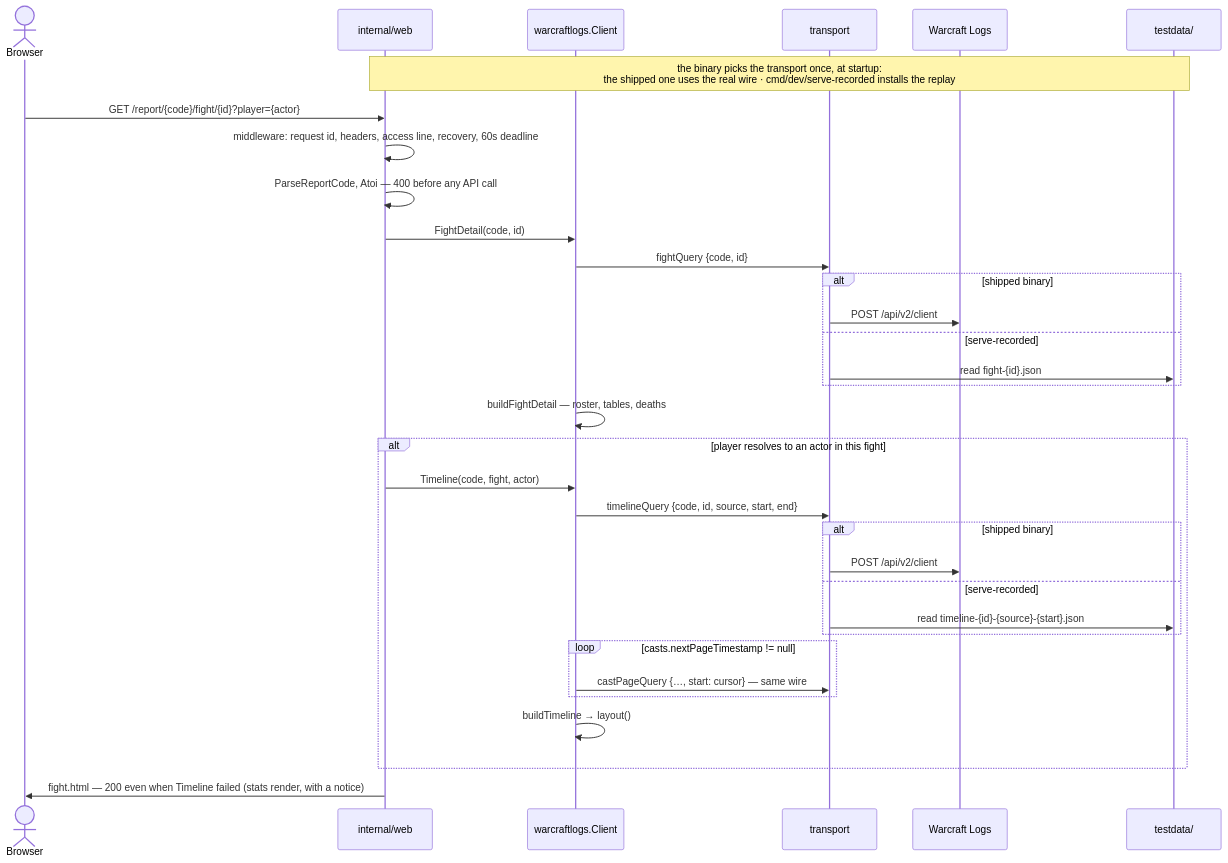
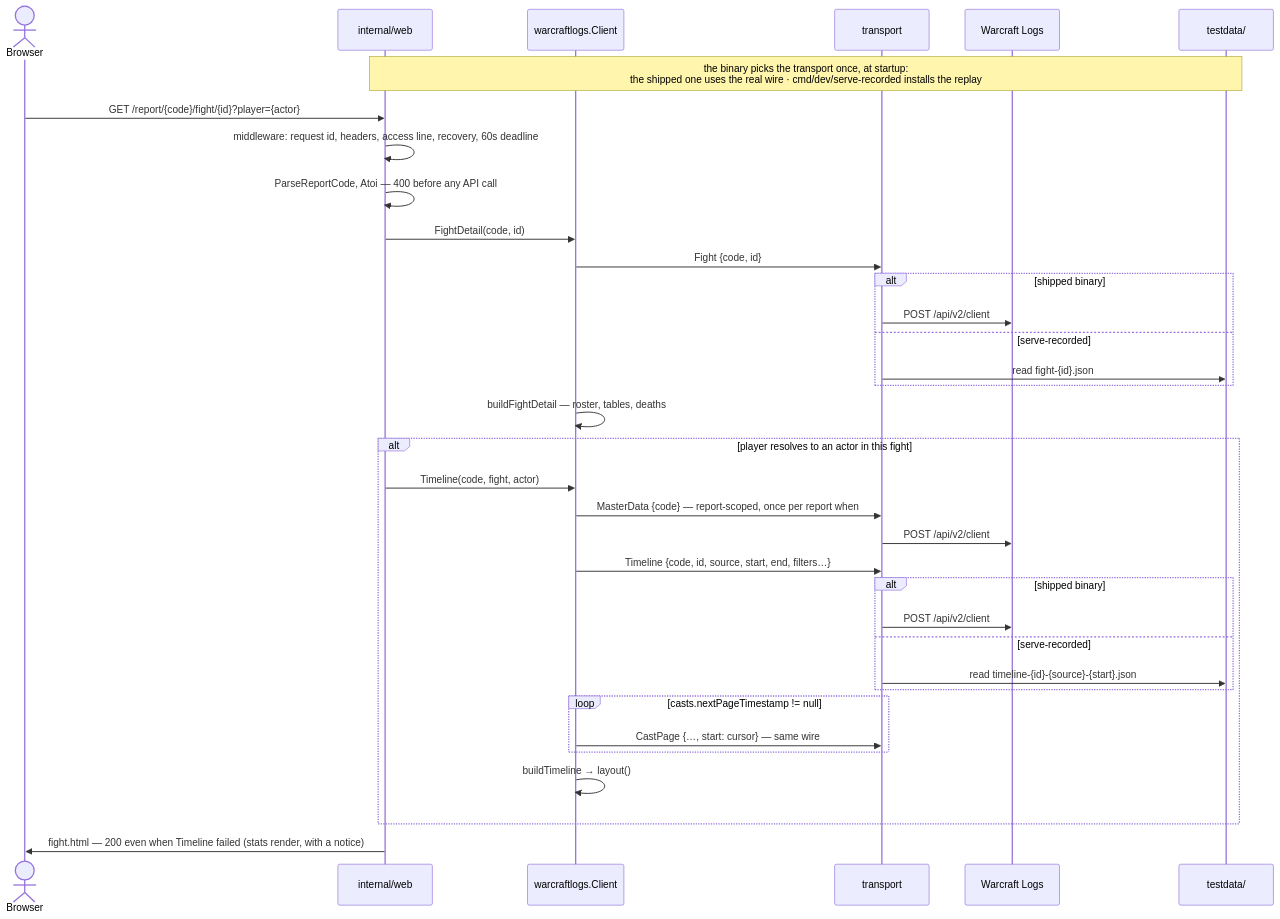
The third of 3 diagrams in ARCHITECTURE.md (Gabriel2048/wow-insights), drawn with Mermaid before and after one commit. The commit also changed 30 other files, not shown here.

First line of the commit message:
Name the queries, declare the filters, hoist masterData, gauge the budget (#45)

````diff
--- a/ARCHITECTURE.md
+++ b/ARCHITECTURE.md
@@ -123,37 +123,39 @@
 ```mermaid
 sequenceDiagram
     actor B as Browser
     participant S as internal/web
     participant C as warcraftlogs.Client
     participant T as transport
     participant W as Warcraft Logs
     participant F as testdata/
 
     Note over S,F: the binary picks the transport once, at startup:<br/>the shipped one uses the real wire · cmd/dev/serve-recorded installs the replay
 
     B->>S: GET /report/{code}/fight/{id}?player={actor}
     S->>S: middleware: request id, headers, access line, recovery, 60s deadline
     S->>S: ParseReportCode, Atoi — 400 before any API call
     S->>C: FightDetail(code, id)
-    C->>T: fightQuery {code, id}
+    C->>T: Fight {code, id}
     alt shipped binary
         T->>W: POST /api/v2/client
     else serve-recorded
         T->>F: read fight-{id}.json
     end
     C->>C: buildFightDetail — roster, tables, deaths
     alt player resolves to an actor in this fight
         S->>C: Timeline(code, fight, actor)
-        C->>T: timelineQuery {code, id, source, start, end}
+        C->>T: MasterData {code} — report-scoped, once per report when #2 caches
+        T->>W: POST /api/v2/client
+        C->>T: Timeline {code, id, source, start, end, filters…}
         alt shipped binary
             T->>W: POST /api/v2/client
         else serve-recorded
             T->>F: read timeline-{id}-{source}-{start}.json
         end
         loop casts.nextPageTimestamp != null
-            C->>T: castPageQuery {…, start: cursor} — same wire
+            C->>T: CastPage {…, start: cursor} — same wire
         end
         C->>C: buildTimeline → layout()
     end
     S->>B: fight.html — 200 even when Timeline failed (stats render, with a notice)
 ```
````
